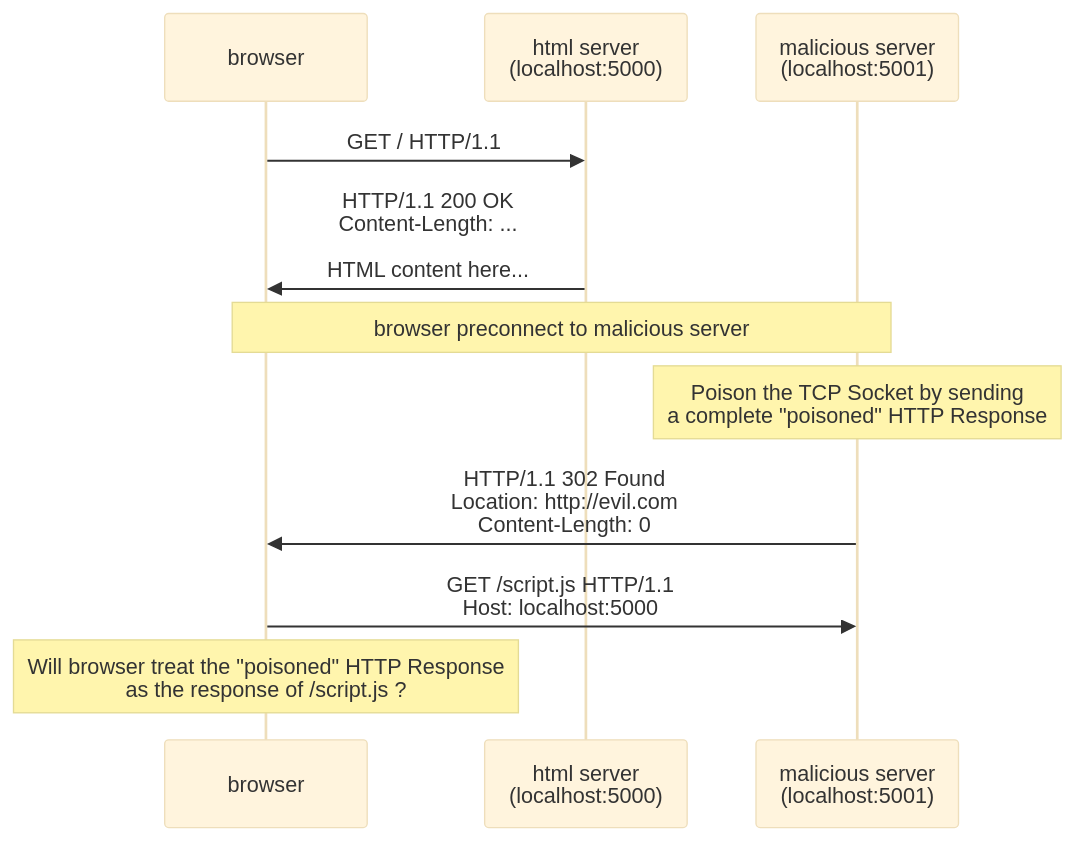
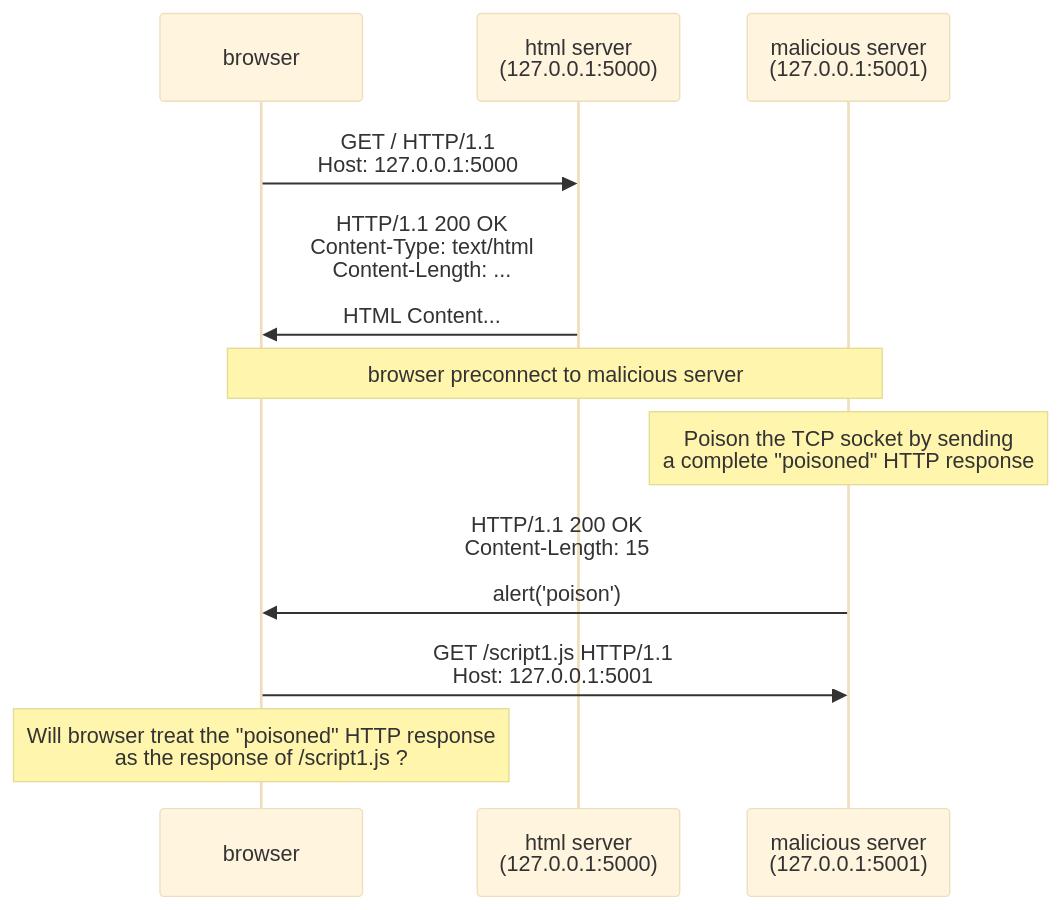
One commit to samuel871211/yusheng-tech-blog changed the fourth of 4 diagrams in docs/http/response-misbinding.md. Above: the diagram before and after it, drawn with Mermaid (base theme). The commit also changed other lines of this file and 3 other files, not shown here.

Commit message:
update Preconnected TCP socket Poisoning: Chrome / Firefox、HTTP/1.1 與 Security 邊界分析

````diff
--- a/docs/http/response-misbinding.md
+++ b/docs/http/response-misbinding.md
@@ -133,18 +142,18 @@
 ```mermaid
 sequenceDiagram
   participant b as browser
-  participant s1 as html server<br/>(localhost:5000)
-  participant s2 as malicious server<br/>(localhost:5001)
+  participant s1 as html server<br/>(127.0.0.1:5000)
+  participant s2 as malicious server<br/>(127.0.0.1:5001)
 
 
-  b ->> s1: GET / HTTP/1.1
-  s1 ->> b: HTTP/1.1 200 OK<br/>Content-Length: ...<br/><br/>HTML content here...
+  b ->> s1: GET / HTTP/1.1<br/>Host: 127.0.0.1:5000
+  s1 ->> b: HTTP/1.1 200 OK<br/>Content-Type: text/html<br/>Content-Length: ...<br/><br/>HTML Content...
 
   Note Over b, s2: browser preconnect to malicious server
 
-  Note Over s2: Poison the TCP Socket by sending<br/>a complete "poisoned" HTTP Response
-  s2 ->> b: HTTP/1.1 302 Found<br/>Location: http://evil.com<br/>Content-Length: 0
-  b ->> s2: GET /script.js HTTP/1.1<br/>Host: localhost:5000
+  Note Over s2: Poison the TCP socket by sending<br/>a complete "poisoned" HTTP response
+  s2 ->> b: HTTP/1.1 200 OK<br/>Content-Length: 15<br/><br/>alert('poison')
+  b ->> s2: GET /script1.js HTTP/1.1<br/>Host: 127.0.0.1:5001
 
-  Note Over b: Will browser treat the "poisoned" HTTP Response<br/>as the response of /script.js ?
+  Note Over b: Will browser treat the "poisoned" HTTP response<br/>as the response of /script1.js ?
 ```
````
